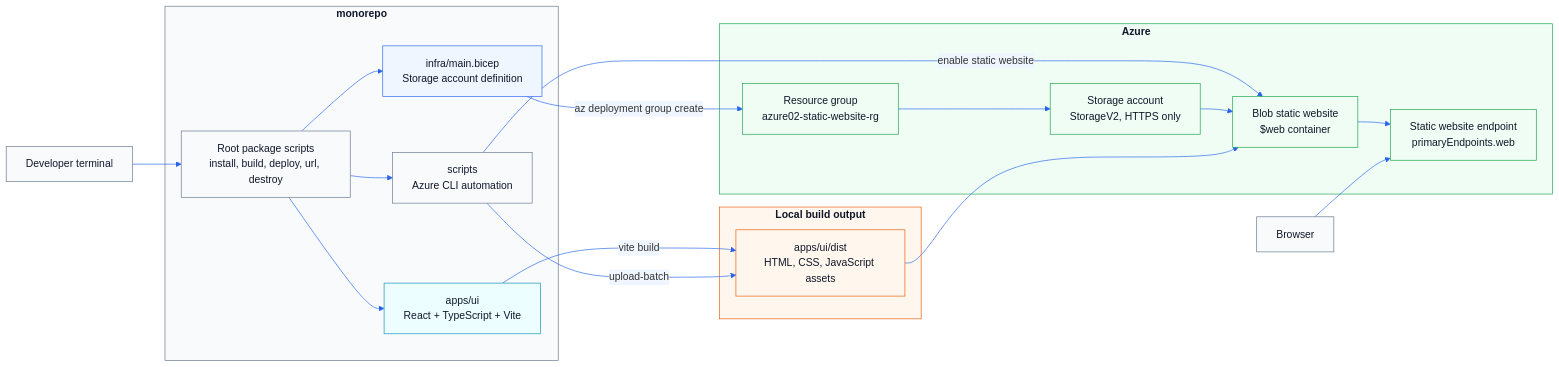
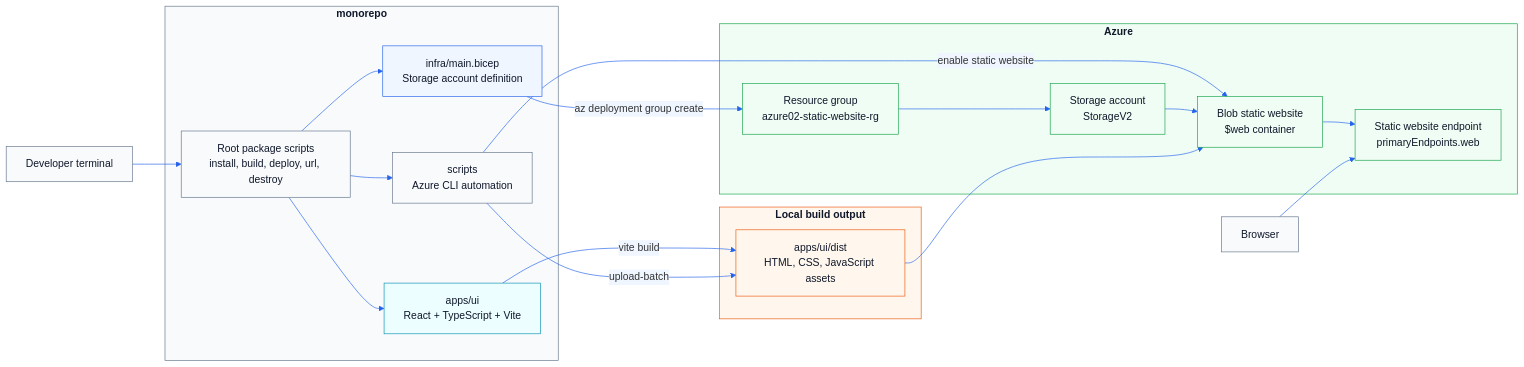
Before and after one commit to RichardBrayCourses/azure02-deploy-website-to-azure: the diagram in README.md, drawn with Mermaid. The commit also changed other lines of this file and 4 other files, not shown here.

````diff
--- a/README.md
+++ b/README.md
@@ -23,54 +23,54 @@
 ```mermaid
 %%{init: {"themeVariables": {"lineColor": "#2563eb", "edgeLabelBackground": "#eff6ff"}, "themeCSS": ".edgeLabel rect { fill: #eff6ff !important; opacity: 1 !important; } .edgeLabel text, .edgeLabel span { fill: #0f172a !important; color: #0f172a !important; }"}}%%
 flowchart LR
   learner[Developer terminal]
   browser[Browser]
 
   subgraph Monorepo["<b>monorepo</b>"]
     rootScripts["Root package scripts<br/>install, build, deploy, url, destroy"]
     ui["apps/ui<br/>React + TypeScript + Vite"]
     infra["infra/main.bicep<br/>Storage account definition"]
     scripts["scripts<br/>Azure CLI automation"]
   end
 
   subgraph Build["<b>Local build output</b>"]
     dist["apps/ui/dist<br/>HTML, CSS, JavaScript assets"]
   end
 
   subgraph Azure["<b>Azure</b>"]
     resourceGroup["Resource group<br/>azure02-static-website-rg"]
-    storage["Storage account<br/>StorageV2, HTTPS only"]
+    storage["Storage account<br/>StorageV2"]
     staticSite["Blob static website<br/>$web container"]
     endpoint["Static website endpoint<br/>primaryEndpoints.web"]
   end
 
   learner --> rootScripts
   rootScripts --> ui
   rootScripts --> infra
   rootScripts --> scripts
   ui -- vite build --> dist
   infra -- az deployment group create --> resourceGroup
   resourceGroup --> storage
   scripts -- enable static website --> staticSite
   storage --> staticSite
   scripts -- upload-batch --> dist
   dist --> staticSite
   staticSite --> endpoint
   browser --> endpoint
 
   classDef local fill:#f8fafc,stroke:#64748b,color:#0f172a
   classDef app fill:#ecfeff,stroke:#0891b2,color:#0f172a
   classDef infraClass fill:#eff6ff,stroke:#2563eb,color:#0f172a
   classDef azure fill:#f0fdf4,stroke:#16a34a,color:#0f172a
   classDef output fill:#fff7ed,stroke:#ea580c,color:#0f172a
 
   class learner,browser,rootScripts,scripts local
   class ui app
   class infra infraClass
   class resourceGroup,storage,staticSite,endpoint azure
   class dist output
 
   style Monorepo fill:#f8fafc,stroke:#64748b,color:#0f172a
   style Build fill:#fff7ed,stroke:#ea580c,color:#0f172a
   style Azure fill:#f0fdf4,stroke:#16a34a,color:#0f172a
 ```
````
